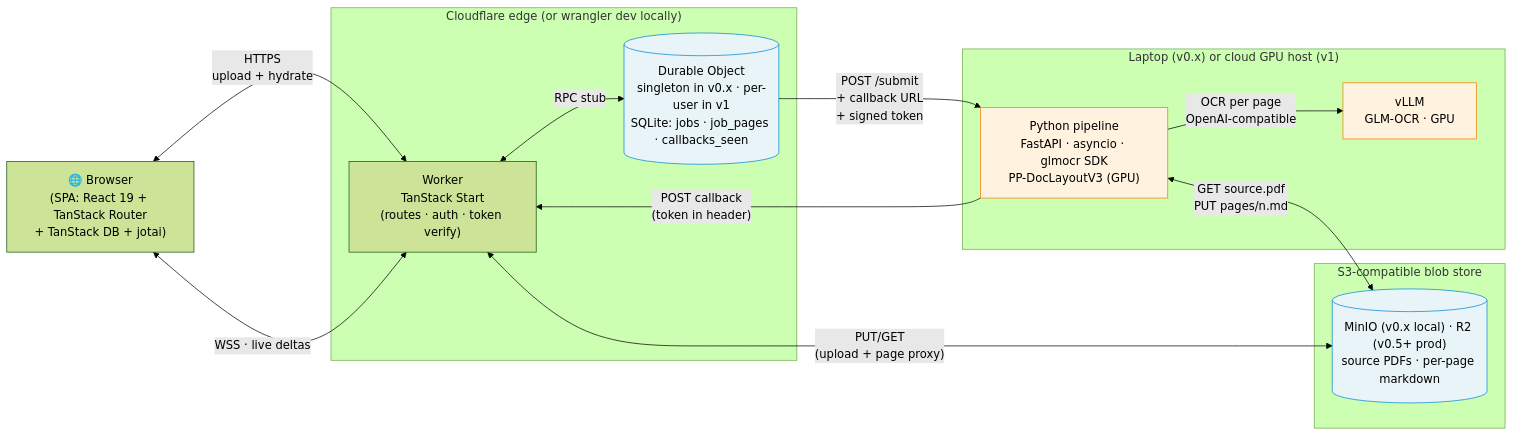
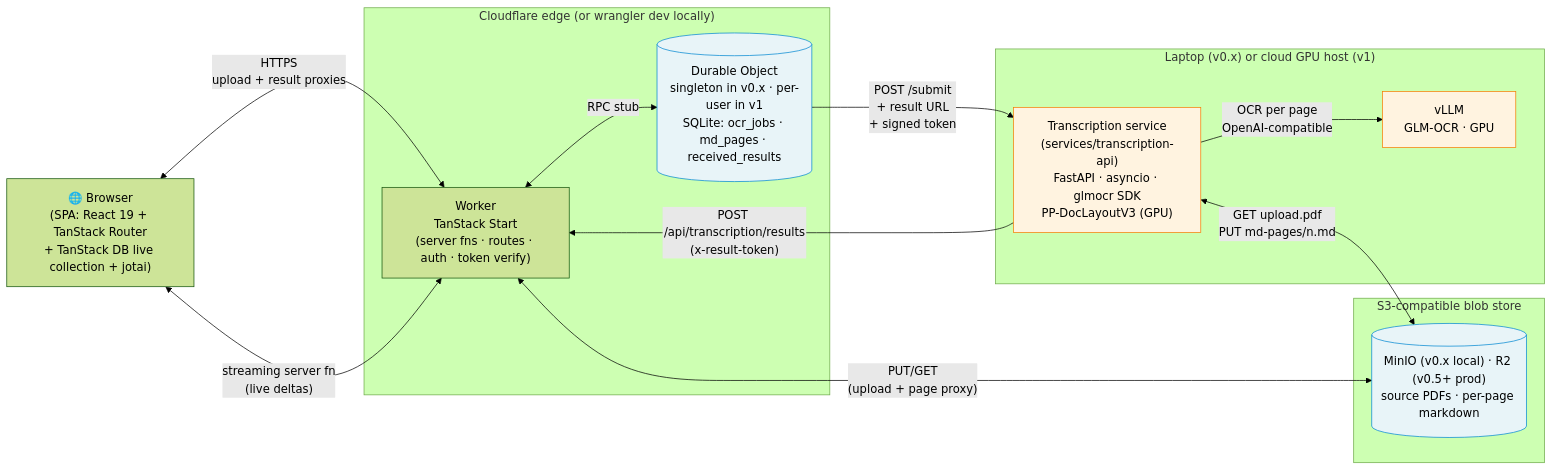
Before and after one commit to zyplux/zyp-ocr: the diagram in plan/totvibe-ocr.md, drawn with Mermaid (forest theme). The commit also changed other lines of this file and 121 other files, not shown here.

````diff
--- a/plan/totvibe-ocr.md
+++ b/plan/totvibe-ocr.md
@@ -118,34 +121,34 @@
 ```mermaid
 flowchart LR
-    Browser["🌐 Browser<br/>(SPA: React 19 + TanStack Router<br/>+ TanStack DB + jotai)"]
+    Browser["🌐 Browser<br/>(SPA: React 19 + TanStack Router<br/>+ TanStack DB live collection + jotai)"]
 
     subgraph Edge["Cloudflare edge (or wrangler dev locally)"]
-        W["Worker<br/>TanStack Start<br/>(routes · auth · token verify)"]
-        DO[("Durable Object<br/>singleton in v0.x · per-user in v1<br/>SQLite: jobs · job_pages · callbacks_seen")]
+        W["Worker<br/>TanStack Start<br/>(server fns · routes · auth · token verify)"]
+        DO[("Durable Object<br/>singleton in v0.x · per-user in v1<br/>SQLite: ocr_jobs · md_pages · received_results")]
     end
 
     subgraph Blob["S3-compatible blob store"]
         S3[("MinIO (v0.x local) · R2 (v0.5+ prod)<br/>source PDFs · per-page markdown")]
     end
 
     subgraph Local["Laptop (v0.x) or cloud GPU host (v1)"]
-        Pipe["Python pipeline<br/>FastAPI · asyncio · glmocr SDK<br/>PP-DocLayoutV3 (GPU)"]
+        Pipe["Transcription service<br/>(services/transcription-api)<br/>FastAPI · asyncio · glmocr SDK<br/>PP-DocLayoutV3 (GPU)"]
         VLLM["vLLM<br/>GLM-OCR · GPU"]
     end
 
-    Browser <-->|"HTTPS<br/>upload + hydrate"| W
-    Browser <-->|"WSS · live deltas"| W
+    Browser <-->|"HTTPS<br/>upload + result proxies"| W
+    Browser <-->|"streaming server fn<br/>(live deltas)"| W
     W <-->|"RPC stub"| DO
     W <-->|"PUT/GET<br/>(upload + page proxy)"| S3
 
-    DO -->|"POST /submit<br/>+ callback URL<br/>+ signed token"| Pipe
-    Pipe -->|"POST callback<br/>(token in header)"| W
-    Pipe <-->|"GET source.pdf<br/>PUT pages/n.md"| S3
+    DO -->|"POST /submit<br/>+ result URL<br/>+ signed token"| Pipe
+    Pipe -->|"POST /api/transcription/results<br/>(x-result-token)"| W
+    Pipe <-->|"GET upload.pdf<br/>PUT md-pages/n.md"| S3
     Pipe -->|"OCR per page<br/>OpenAI-compatible"| VLLM
 
     classDef storage fill:#e8f4f8,stroke:#0288d1,color:#000
     classDef gpu fill:#fff3e0,stroke:#f57c00,color:#000
     class S3 storage
     class DO storage
     class VLLM,Pipe gpu
 ```
````
